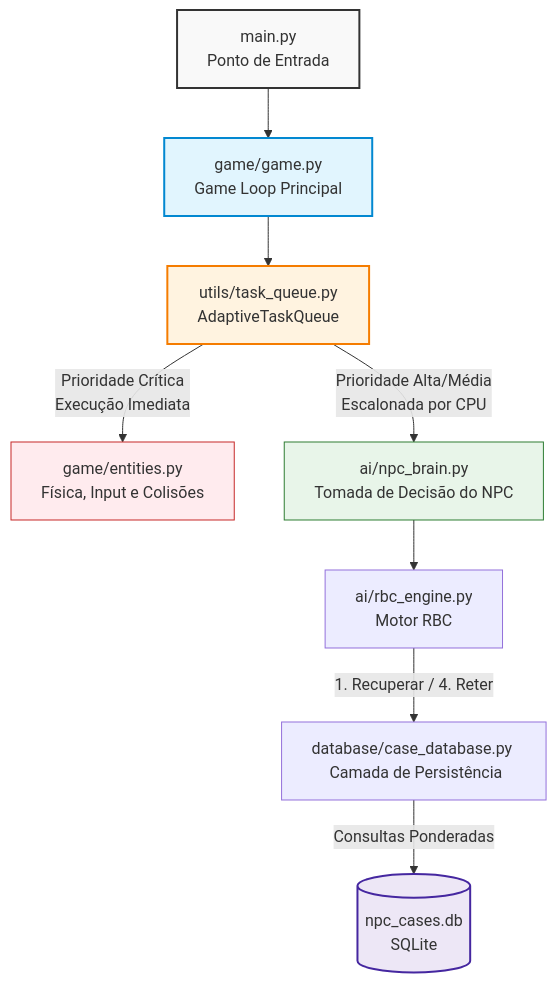
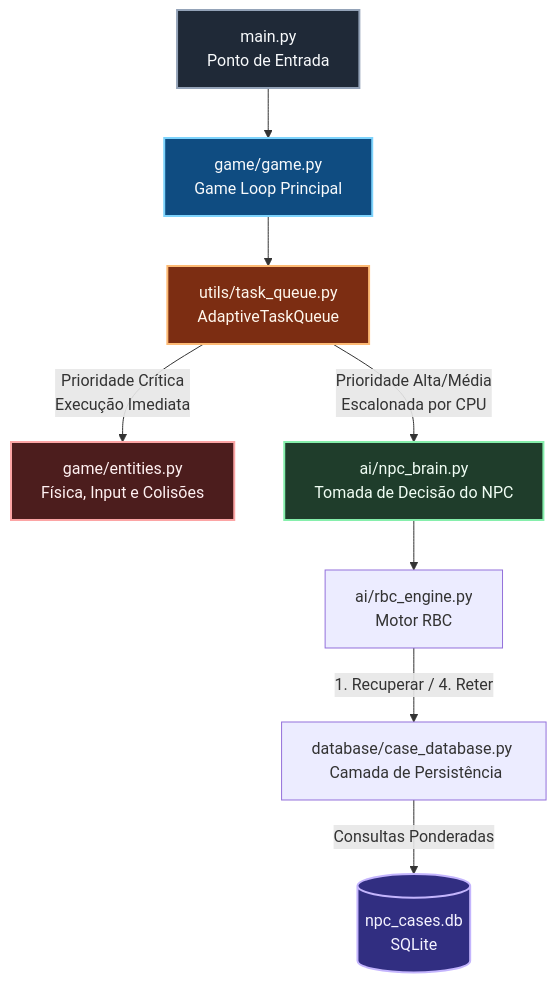
Before and after one commit to JoaoVictordePaulaSilva/RTS_Simple_Game: the diagram in README.md, drawn with Mermaid. The commit also changed other lines of this file and 7 other files, not shown here.

````diff
--- a/README.md
+++ b/README.md
@@ -19,25 +24,25 @@
 ```mermaid
 graph TD
     %% Definição de Nós Principais
     MAIN[main.py <br> Ponto de Entrada] --> ENGINE[game/game.py <br> Game Loop Principal]
     
     %% Fluxo da Fila de Tarefas
     ENGINE --> QUEUE[utils/task_queue.py <br> AdaptiveTaskQueue]
     
     %% Divisão de Prioridades
     QUEUE -->|Prioridade Crítica <br> Execução Imediata| CRIT[game/entities.py <br> Física, Input e Colisões]
     QUEUE -->|Prioridade Alta/Média <br> Escalonada por CPU| DEFER[ai/npc_brain.py <br> Tomada de Decisão do NPC]
     
     %% Ciclo de Inteligência
     DEFER --> RBC[ai/rbc_engine.py <br> Motor RBC]
     RBC -->|1. Recuperar / 4. Reter| DB[database/case_database.py <br> Camada de Persistência]
     DB -->|Consultas Ponderadas| SQL[(npc_cases.db <br> SQLite)]
     
     %% Estilização do Diagrama
-    style MAIN fill:#f9f9f9,stroke:#333,stroke-width:2px
-    style ENGINE fill:#e1f5fe,stroke:#0288d1,stroke-width:2px
-    style QUEUE fill:#fff3e0,stroke:#f57c00,stroke-width:2px
-    style CRIT fill:#ffebee,stroke:#c62828,stroke-width:1px
-    style DEFER fill:#e8f5e9,stroke:#2e7d32,stroke-width:1px
-    style SQL fill:#ede7f6,stroke:#4527a0,stroke-width:2px
+   style MAIN fill:#1f2937,stroke:#94a3b8,stroke-width:2px,color:#f8fafc
+   style ENGINE fill:#0f4c81,stroke:#7dd3fc,stroke-width:2px,color:#f8fafc
+   style QUEUE fill:#7c2d12,stroke:#fdba74,stroke-width:2px,color:#fff7ed
+   style CRIT fill:#4c1d1d,stroke:#fca5a5,stroke-width:2px,color:#fff1f2
+   style DEFER fill:#1f3d2b,stroke:#86efac,stroke-width:2px,color:#f0fdf4
+   style SQL fill:#312e81,stroke:#c4b5fd,stroke-width:2px,color:#f5f3ff
 ```
````
